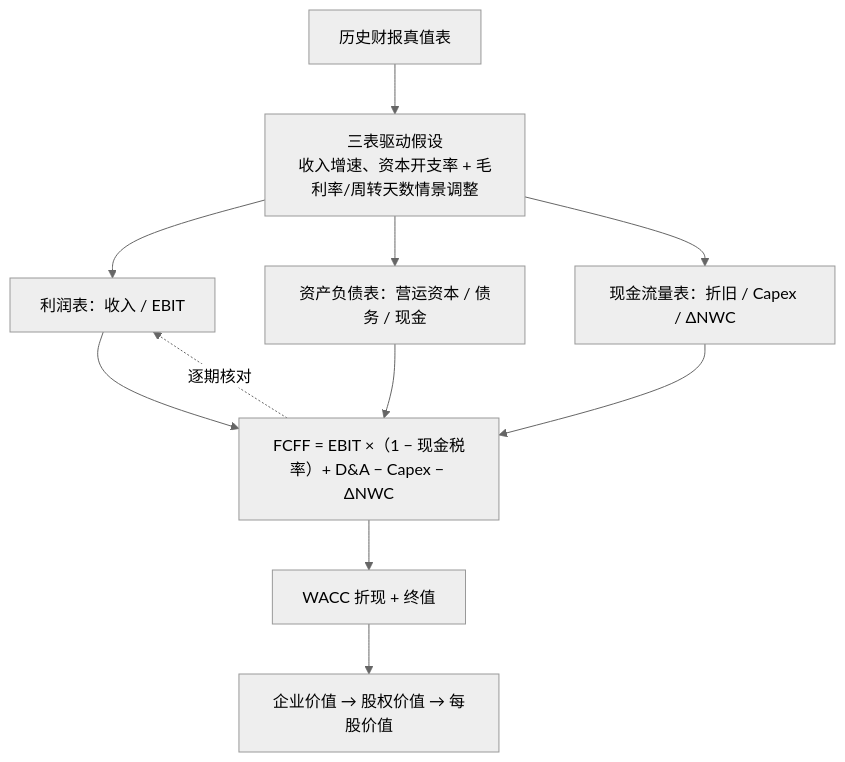
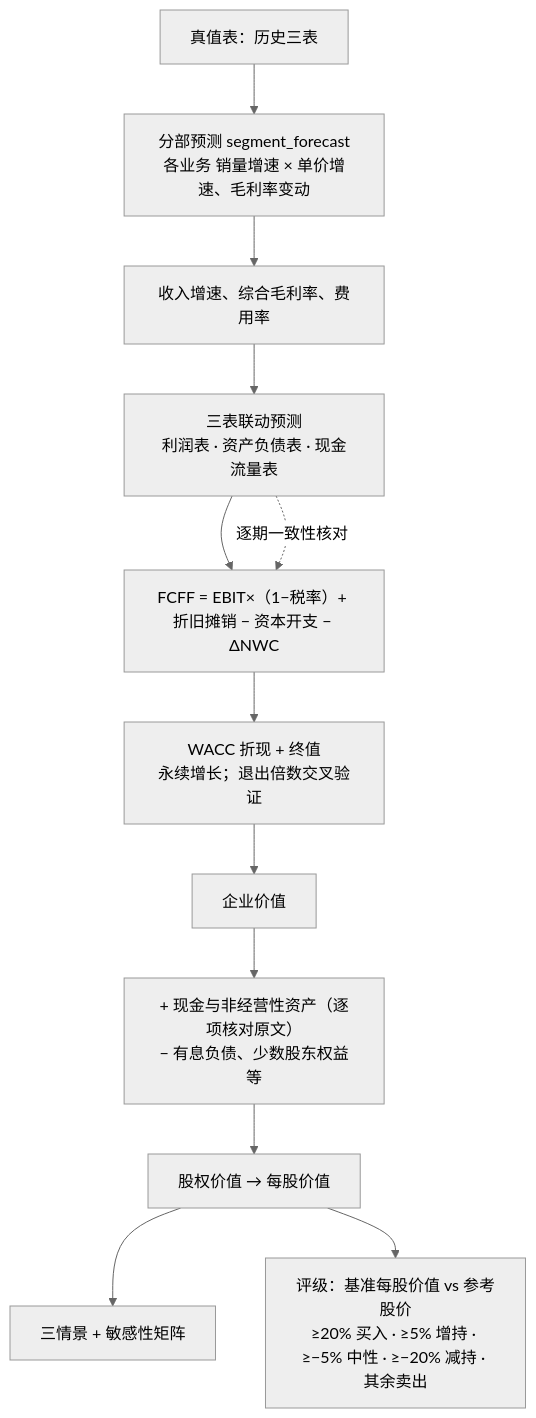
The third of 6 diagrams in README.md (MochiaoChen/LEDGER), drawn with Mermaid (neutral theme) before and after one commit. The commit also changed other lines of this file and 29 other files, not shown here.

````diff
--- a/README.md
+++ b/README.md
@@ -73,13 +129,14 @@
 ```mermaid
 flowchart TD
-    A[历史财报真值表] --> B[三表驱动假设<br/>收入增速、资本开支率 + 毛利率/周转天数情景调整]
-    B --> C[利润表：收入 / EBIT]
-    B --> D[资产负债表：营运资本 / 债务 / 现金]
-    B --> E[现金流量表：折旧 / Capex / ΔNWC]
-    C --> F[FCFF = EBIT ×（1 − 现金税率）+ D&A − Capex − ΔNWC]
-    D --> F
-    E --> F
-    F --> G[WACC 折现 + 终值]
-    G --> H[企业价值 → 股权价值 → 每股价值]
-    F -. 逐期核对 .-> C
+    A[真值表：历史三表] --> B[分部预测 segment_forecast<br/>各业务 销量增速 × 单价增速、毛利率变动]
+    B --> C[收入增速、综合毛利率、费用率]
+    C --> D[三表联动预测<br/>利润表 · 资产负债表 · 现金流量表]
+    D --> E[FCFF = EBIT×（1−税率）+ 折旧摊销 − 资本开支 − ΔNWC]
+    E --> F[WACC 折现 + 终值<br/>永续增长；退出倍数交叉验证]
+    F --> G[企业价值]
+    G --> H[+ 现金与非经营性资产（逐项核对原文）<br/>− 有息负债、少数股东权益等]
+    H --> I[股权价值 → 每股价值]
+    I --> J[三情景 + 敏感性矩阵]
+    I --> K[评级：基准每股价值 vs 参考股价<br/>≥20% 买入 · ≥5% 增持 · ≥−5% 中性 · ≥−20% 减持 · 其余卖出]
+    D -. 逐期一致性核对 .-> E
 ```
````
